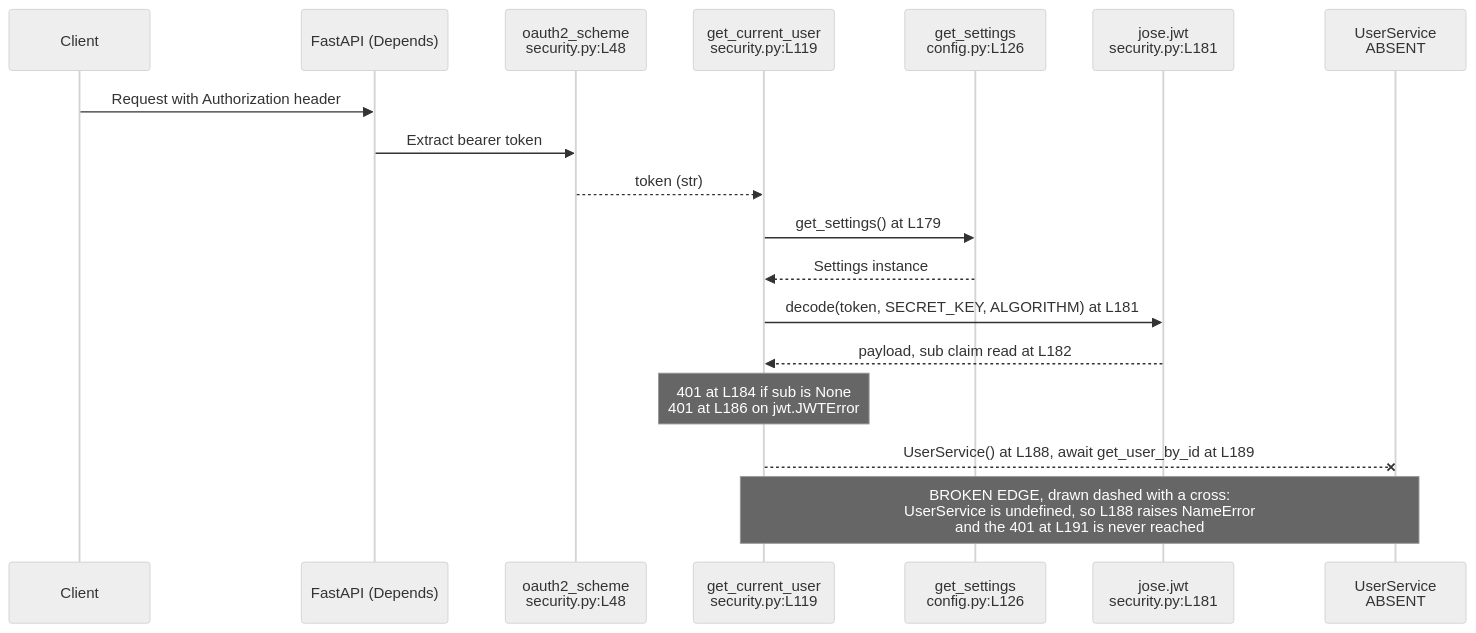
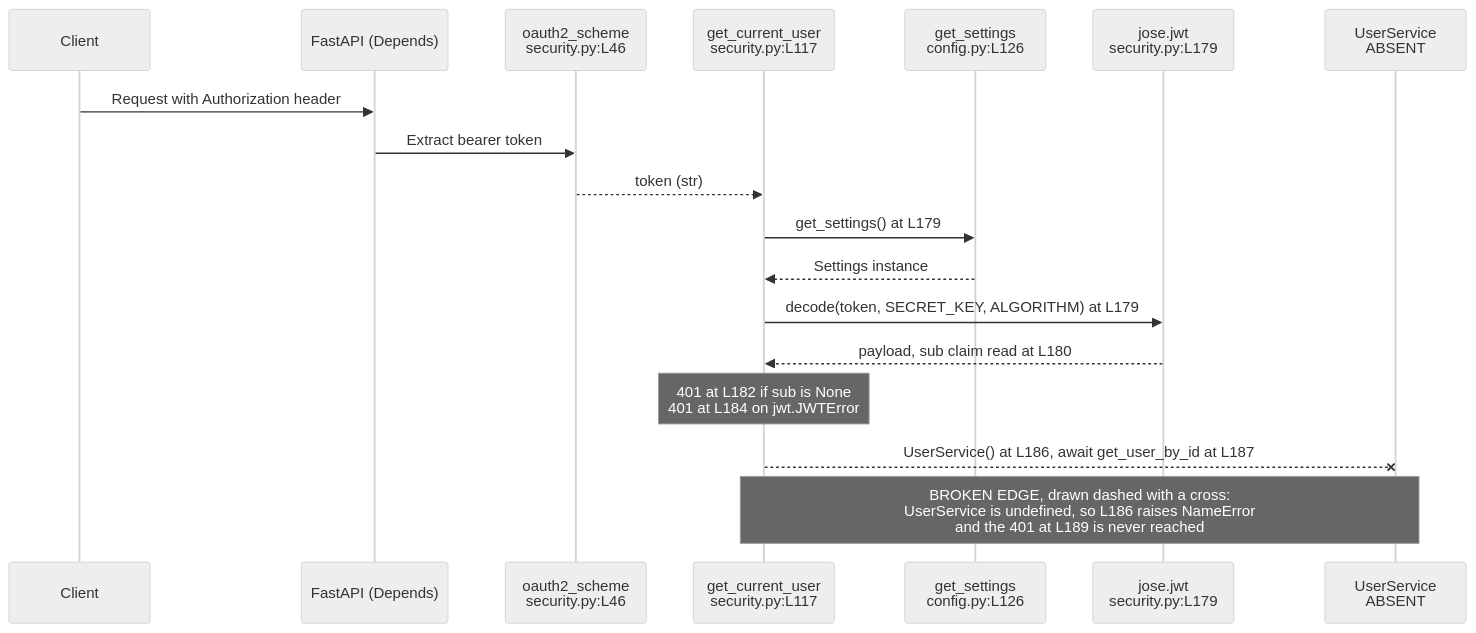
Before and after one commit to blitzy-public-samples/microsoft-word-u33ko0: the diagram in backend/app/core/README.md, drawn with Mermaid (neutral theme). The commit also changed other lines of this file and 46 other files, not shown here.

````diff
--- a/backend/app/core/README.md
+++ b/backend/app/core/README.md
@@ -201,21 +211,21 @@
 ```mermaid
 sequenceDiagram
     participant Client
     participant FastAPI as FastAPI (Depends)
-    participant Scheme as oauth2_scheme<br/>security.py:L48
-    participant GCU as get_current_user<br/>security.py:L119
+    participant Scheme as oauth2_scheme<br/>security.py:L46
+    participant GCU as get_current_user<br/>security.py:L117
     participant Cfg as get_settings<br/>config.py:L126
-    participant JWT as jose.jwt<br/>security.py:L181
+    participant JWT as jose.jwt<br/>security.py:L179
     participant US as UserService<br/>ABSENT
 
     Client->>FastAPI: Request with Authorization header
     FastAPI->>Scheme: Extract bearer token
     Scheme-->>GCU: token (str)
     GCU->>Cfg: get_settings() at L179
     Cfg-->>GCU: Settings instance
-    GCU->>JWT: decode(token, SECRET_KEY, ALGORITHM) at L181
-    JWT-->>GCU: payload, sub claim read at L182
-    Note over GCU: 401 at L184 if sub is None<br/>401 at L186 on jwt.JWTError
-    GCU--xUS: UserService() at L188, await get_user_by_id at L189
-    Note over GCU,US: BROKEN EDGE, drawn dashed with a cross:<br/>UserService is undefined, so L188 raises NameError<br/>and the 401 at L191 is never reached
+    GCU->>JWT: decode(token, SECRET_KEY, ALGORITHM) at L179
+    JWT-->>GCU: payload, sub claim read at L180
+    Note over GCU: 401 at L182 if sub is None<br/>401 at L184 on jwt.JWTError
+    GCU--xUS: UserService() at L186, await get_user_by_id at L187
+    Note over GCU,US: BROKEN EDGE, drawn dashed with a cross:<br/>UserService is undefined, so L186 raises NameError<br/>and the 401 at L189 is never reached
 ```
````
